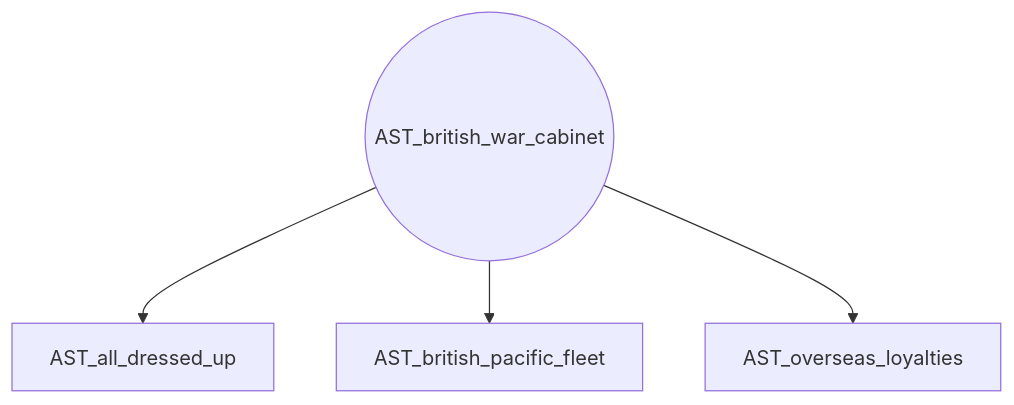
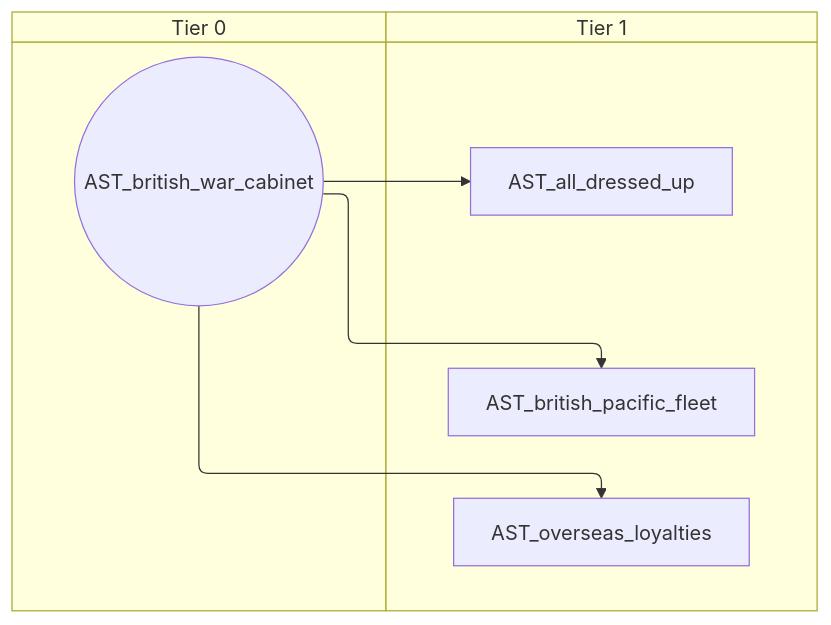
The fifth of 15 diagrams in docs/gdd/National Focuses/r56/australia_taog.md (evgeny-sobol/hoi4-sandbox-mode-r56), drawn with Mermaid before and after one commit. The commit also changed other lines of this file and 423 other files, not shown here.

First line of the commit message:
Re-export Rt56 focus trees as swimlane diagrams

````diff
--- a/docs/gdd/National Focuses/r56/australia_taog.md
+++ b/docs/gdd/National Focuses/r56/australia_taog.md
@@ -366,10 +424,14 @@
 ```mermaid
-flowchart TD
-    n149["AST_all_dressed_up"]
-    n150["AST_british_pacific_fleet"]
-    n151(("AST_british_war_cabinet"))
-    n152["AST_overseas_loyalties"]
-    n151 --> n149
-    n151 --> n150
-    n151 --> n152
+swimlane-beta TD
+    subgraph tier_0["Tier 0"]
+        n149(("AST_british_war_cabinet"))
+    end
+    subgraph tier_1["Tier 1"]
+        n150["AST_all_dressed_up"]
+        n151["AST_british_pacific_fleet"]
+        n152["AST_overseas_loyalties"]
+    end
+    n149 --> n150
+    n149 --> n151
+    n149 --> n152
 ```
````
